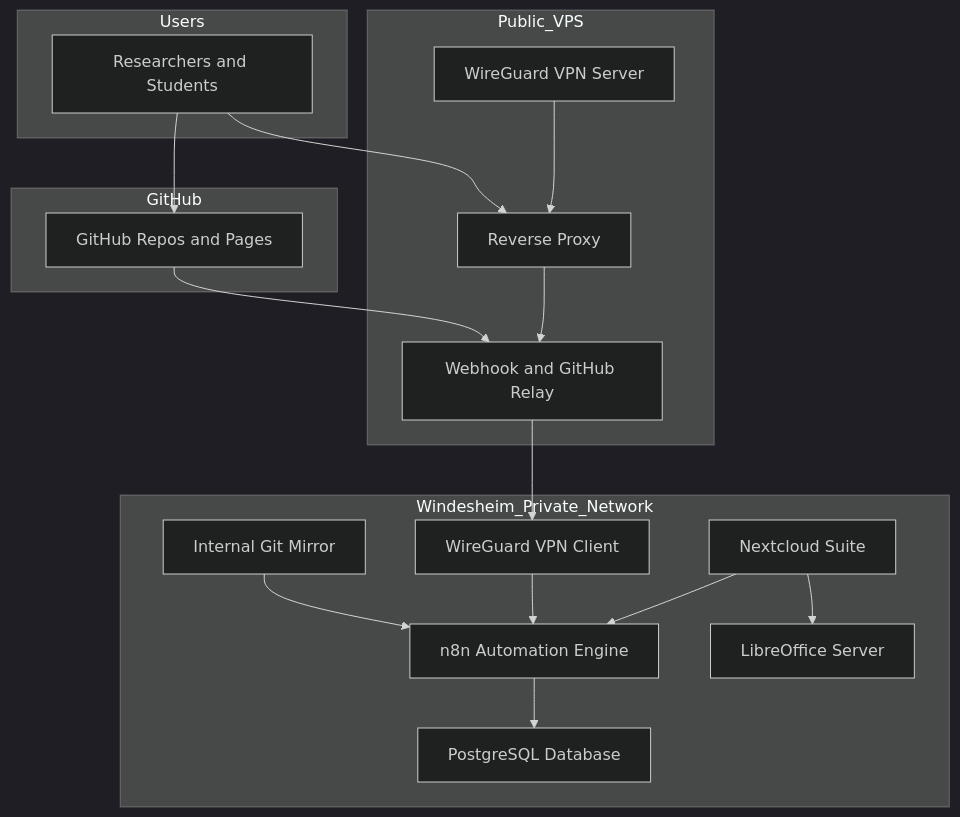
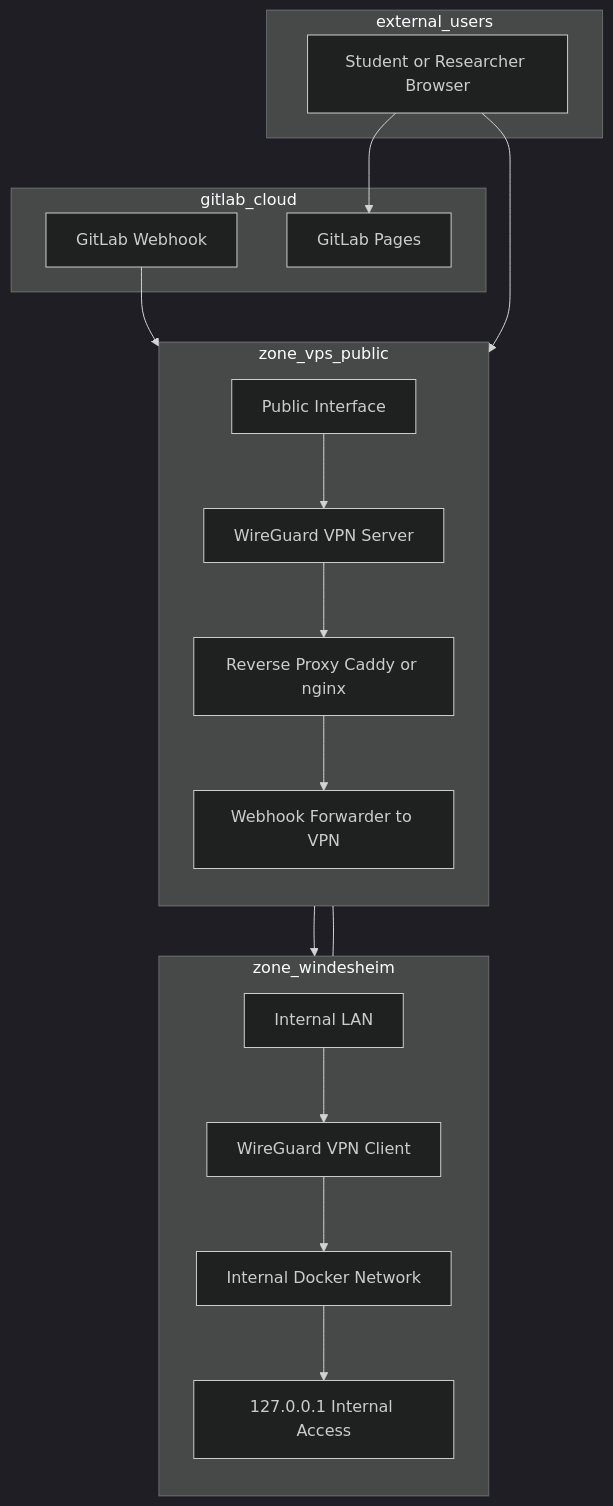
Before and after one commit to Value-Chain-Hackers/VCH-Infra: the second of 4 diagrams in README.md, drawn with Mermaid (dark theme).

````diff
--- a/README.md
+++ b/README.md
@@ -393,37 +393,53 @@
 ```mermaid
 flowchart TD
-    subgraph Windesheim_Private_Network
-        NC[Nextcloud Suite]
-        N8N[n8n Automation Engine]
-        LO[LibreOffice Server]
-        PG[PostgreSQL Database]
-        VPNC[WireGuard VPN Client]
-        GITM[Internal Git Mirror]
-        NC --> N8N
-        NC --> LO
-        N8N --> PG
-        VPNC --> N8N
-        GITM --> N8N
-    end
 
-    subgraph Public_VPS
-        VPNS[WireGuard VPN Server]
-        RP[Reverse Proxy]
-        RELAY[Webhook and GitHub Relay]
-        VPNS --> RP
-        RP --> RELAY
-    end
+  %% WINDESHEIM NETWORK (PRIVATE, NO PUBLIC IP)
+  subgraph zone_windesheim
+    direction TB
 
-    subgraph GitHub
-        GH[GitHub Repos and Pages]
-        GH --> RELAY
-    end
+    lan[Internal LAN]
+    docker_net[Internal Docker Network]
+    vpn_client[WireGuard VPN Client]
+    loopback[127.0.0.1 Internal Access]
 
-    subgraph Users
-        U1[Researchers and Students]
-        U1 --> GH
-        U1 --> RP
-    end
+    lan --> vpn_client
+    vpn_client --> docker_net
+    docker_net --> loopback
+  end
 
-    RELAY --> VPNC
+  %% PUBLIC VPS (INTERNET-FACING ROUTING LAYER)
+  subgraph zone_vps_public
+    direction TB
+
+    eth0[Public Interface]
+    vpn_server[WireGuard VPN Server]
+    reverse_proxy[Reverse Proxy Caddy or nginx]
+    webhook_forwarder[Webhook Forwarder to VPN]
+
+    eth0 --> vpn_server
+    vpn_server --> reverse_proxy
+    reverse_proxy --> webhook_forwarder
+  end
+
+  %% ROUTING FLOW: VPN LINK
+  vpn_client --- vpn_server
+
+  %% GITLAB
+  subgraph gitlab_cloud
+    gitlab_webhook[GitLab Webhook]
+    gitlab_pages[GitLab Pages]
+
+    gitlab_webhook --> webhook_forwarder
+  end
+
+  %% EXTERNAL USERS
+  subgraph external_users
+    browser[Student or Researcher Browser]
+    browser --> gitlab_pages
+    browser --> reverse_proxy
+  end
+
+  %% FINAL FORWARDING TO INTERNAL SERVICE
+  webhook_forwarder --> docker_net
+
 ```
````
